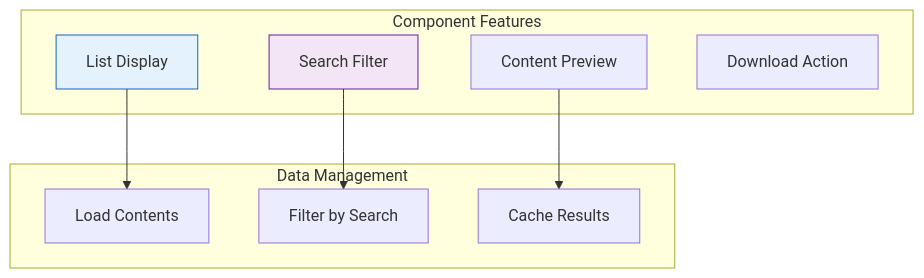
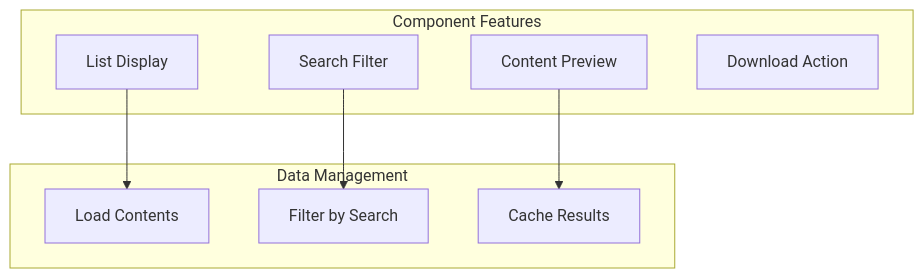
Before and after one commit to o2alexanderfedin/angular-cas-disot: the fourth of 7 diagrams in docs/components/content-components.md, drawn with Mermaid. The commit also changed other lines of this file and 18 other files, not shown here.

````diff
--- a/docs/components/content-components.md
+++ b/docs/components/content-components.md
@@ -174,22 +174,22 @@
 ```mermaid
 graph TD
     subgraph "Component Features"
         LIST[List Display]
         SEARCH[Search Filter]
         PREVIEW[Content Preview]
         DOWNLOAD[Download Action]
     end
     
     subgraph "Data Management"
         LOAD[Load Contents]
         FILTER[Filter by Search]
         CACHE[Cache Results]
     end
     
     LIST --> LOAD
     SEARCH --> FILTER
     PREVIEW --> CACHE
     
-    style LIST fill:#e3f2fd,stroke:#1565c0
-    style SEARCH fill:#f3e5f5,stroke:#6a1b9a
+    
+    
 ```
````
